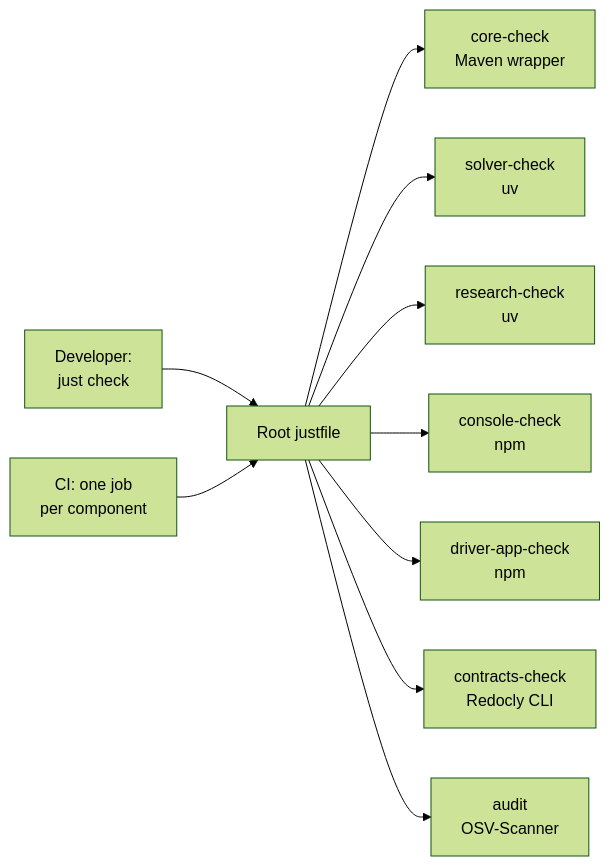
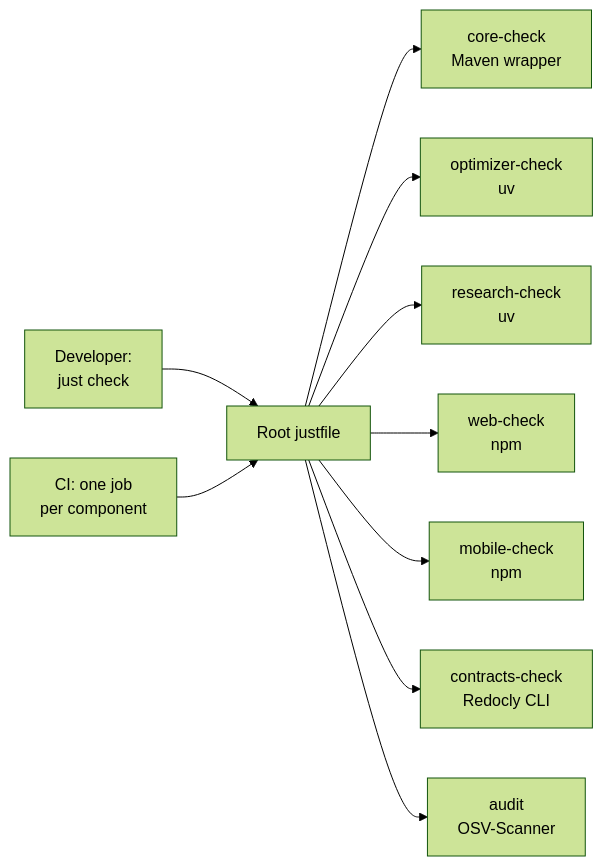
The diagram in docs/ADRs/ADR-009-just-as-the-single-entry-point.md (NaimElijah/DispatchFlow), drawn with Mermaid (forest theme) before and after one commit. The commit also changed other lines of this file and 744 other files, not shown here.

````diff
--- a/docs/ADRs/ADR-009-just-as-the-single-entry-point.md
+++ b/docs/ADRs/ADR-009-just-as-the-single-entry-point.md
@@ -25,12 +25,12 @@
 ```mermaid
 flowchart LR
     dev["Developer:<br/>just check"] --> just["Root justfile"]
     ci["CI: one job<br/>per component"] --> just
     just --> core["core-check<br/>Maven wrapper"]
-    just --> solver["solver-check<br/>uv"]
+    just --> optimizer["optimizer-check<br/>uv"]
     just --> research["research-check<br/>uv"]
-    just --> console["console-check<br/>npm"]
-    just --> driver["driver-app-check<br/>npm"]
+    just --> web["web-check<br/>npm"]
+    just --> mobile["mobile-check<br/>npm"]
     just --> contracts["contracts-check<br/>Redocly CLI"]
     just --> audit["audit<br/>OSV-Scanner"]
 ```
````
